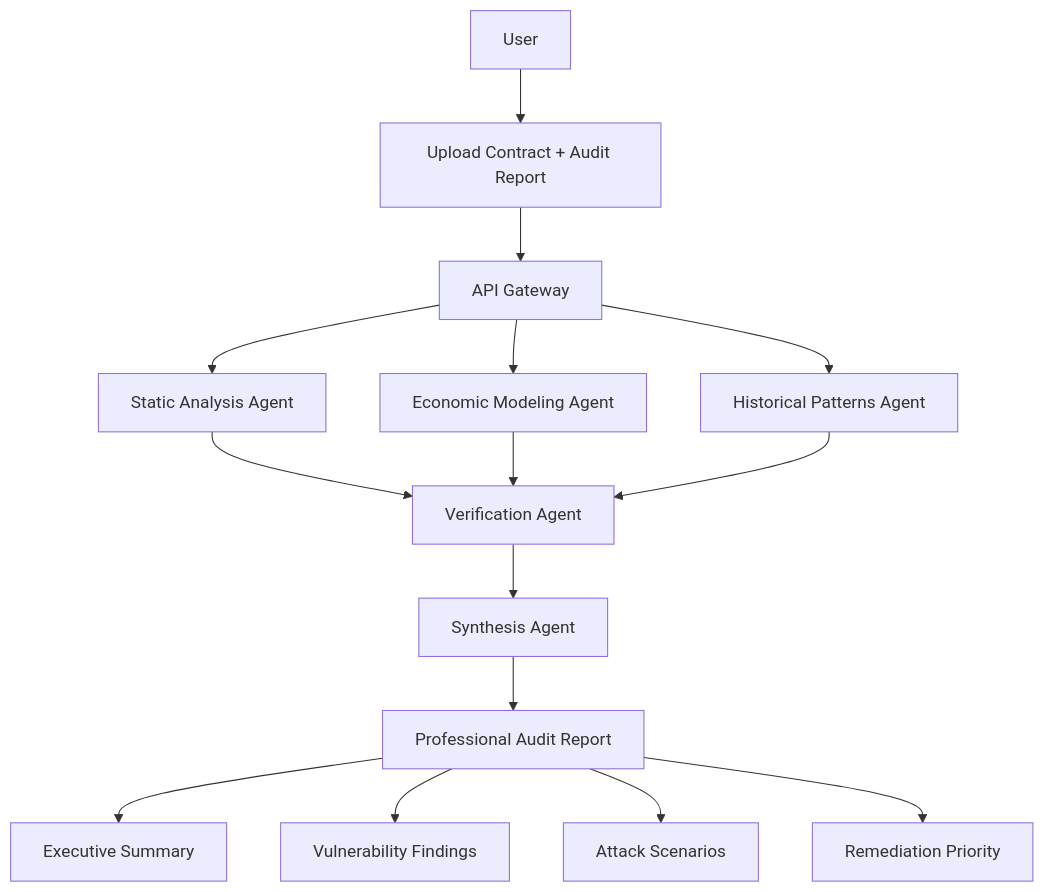
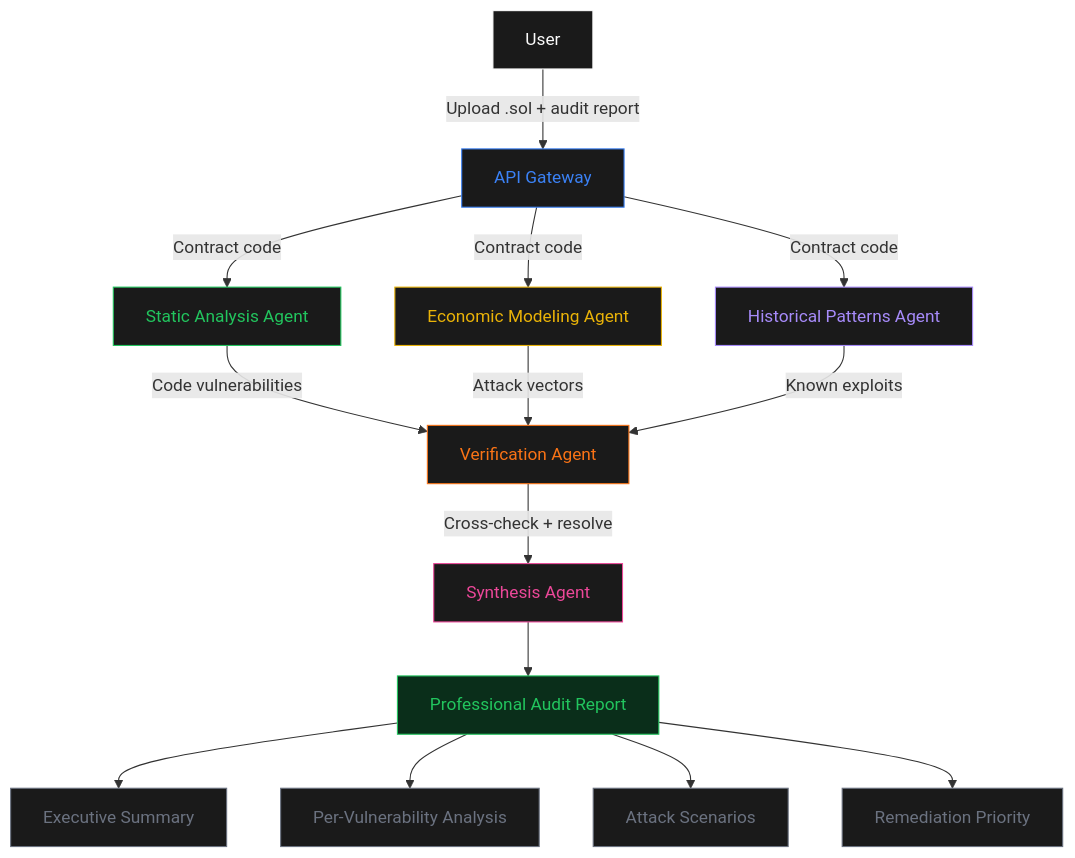
The diagram in README.md (thesithunyein/auditlens), drawn with Mermaid before and after one commit.

Commit message:
Improve Mermaid diagram with colors, labels, and styled nodes
🤖 Generated with Codebuff

````diff
--- a/README.md
+++ b/README.md
@@ -53,21 +53,33 @@
 ```mermaid
 flowchart TB
-  User[User] --> Upload[Upload Contract + Audit Report]
-  Upload --> API[API Gateway]
+  User["User"] -->|"Upload .sol + audit report"| API["API Gateway"]
 
-  API --> Static[Static Analysis Agent]
-  API --> Economic[Economic Modeling Agent]
-  API --> Historical[Historical Patterns Agent]
+  API -->|"Contract code"| Static["Static Analysis Agent"]
+  API -->|"Contract code"| Economic["Economic Modeling Agent"]
+  API -->|"Contract code"| Historical["Historical Patterns Agent"]
 
-  Static --> Verify[Verification Agent]
-  Economic --> Verify
-  Historical --> Verify
+  Static -->|"Code vulnerabilities"| Verify["Verification Agent"]
+  Economic -->|"Attack vectors"| Verify
+  Historical -->|"Known exploits"| Verify
 
-  Verify --> Synth[Synthesis Agent]
-  Synth --> Report[Professional Audit Report]
+  Verify -->|"Cross-check + resolve"| Synth["Synthesis Agent"]
+  Synth --> Report["Professional Audit Report"]
 
-  Report --> Summary[Executive Summary]
-  Report --> Findings[Vulnerability Findings]
-  Report --> Scenarios[Attack Scenarios]
-  Report --> Remediation[Remediation Priority]
+  Report --> Summary["Executive Summary"]
+  Report --> Findings["Per-Vulnerability Analysis"]
+  Report --> Paths["Attack Scenarios"]
+  Report --> Fix["Remediation Priority"]
+
+  style User fill:#1a1a1a,stroke:#fafafa,color:#fafafa
+  style API fill:#1a1a1a,stroke:#3b82f6,color:#3b82f6
+  style Static fill:#1a1a1a,stroke:#22c55e,color:#22c55e
+  style Economic fill:#1a1a1a,stroke:#eab308,color:#eab308
+  style Historical fill:#1a1a1a,stroke:#a78bfa,color:#a78bfa
+  style Verify fill:#1a1a1a,stroke:#f97316,color:#f97316
+  style Synth fill:#1a1a1a,stroke:#ec4899,color:#ec4899
+  style Report fill:#0a2e1a,stroke:#22c55e,color:#22c55e
+  style Summary fill:#1a1a1a,stroke:#6b7280,color:#6b7280
+  style Findings fill:#1a1a1a,stroke:#6b7280,color:#6b7280
+  style Paths fill:#1a1a1a,stroke:#6b7280,color:#6b7280
+  style Fix fill:#1a1a1a,stroke:#6b7280,color:#6b7280
 ```
````
